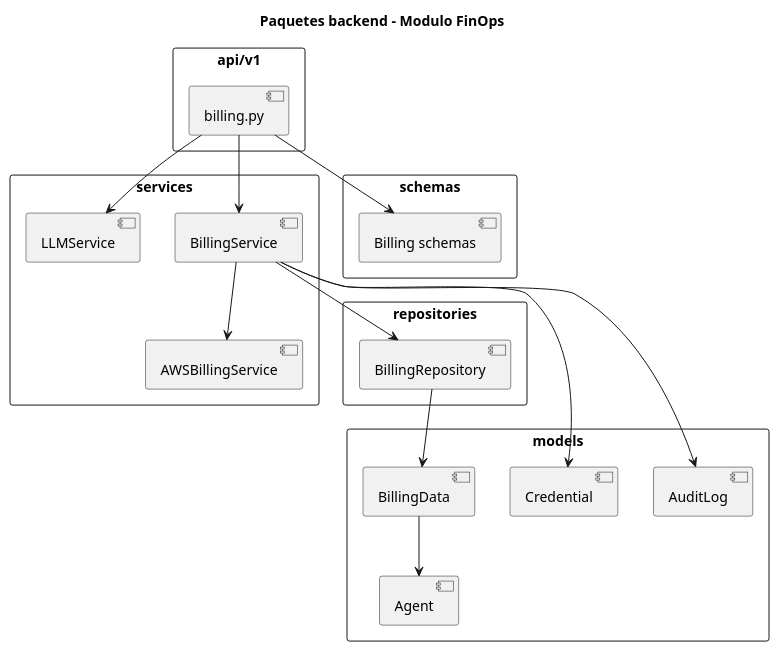
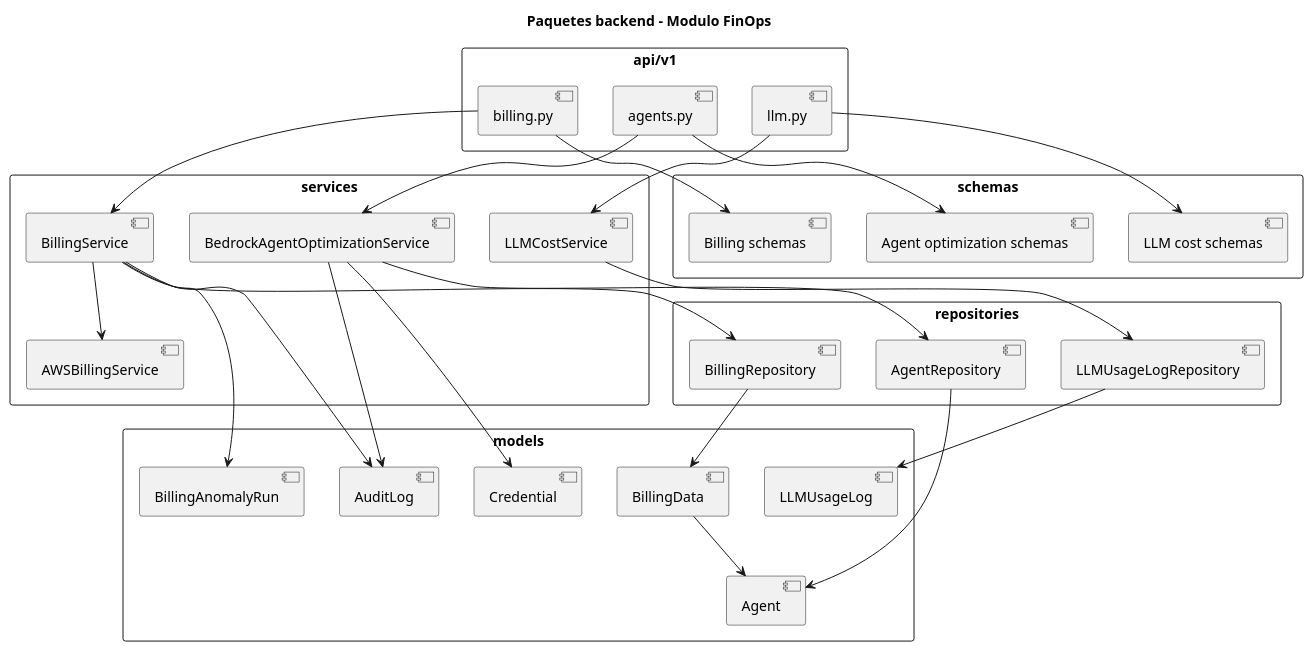
The diagram in Capítulos/Capítulo 3/Diseño/Paquetes/Backend/PaquetesBackend.puml (JoseSalceda/TFG), drawn with PlantUML before and after one commit. The commit also changed 103 other files, not shown here.

```diff
--- a/Capítulos/Capítulo 3/Diseño/Paquetes/Backend/PaquetesBackend.puml
+++ b/Capítulos/Capítulo 3/Diseño/Paquetes/Backend/PaquetesBackend.puml
@@ -1,43 +1,63 @@
 @startuml PaquetesBackend
 
 skinparam packageStyle rectangle
 
 title Paquetes backend - Modulo FinOps
 
 package "api/v1" {
   component "billing.py" as API
+  component "llm.py" as LLMAPI
+  component "agents.py" as AgentsAPI
 }
 
 package "services" {
   component "BillingService" as Service
   component "AWSBillingService" as AWS
-  component "LLMService" as LLM
+  component "LLMCostService" as LLMCost
+  component "BedrockAgentOptimizationService" as Optimization
 }
 
 package "repositories" {
   component "BillingRepository" as Repo
+  component "LLMUsageLogRepository" as LLMRepo
+  component "AgentRepository" as AgentRepo
 }
 
 package "models" {
   component "BillingData" as Model
+  component "BillingAnomalyRun" as Run
+  component "LLMUsageLog" as LLMLog
   component "Agent" as Agent
   component "Credential" as Credential
   component "AuditLog" as Audit
 }
 
 package "schemas" {
   component "Billing schemas" as Schemas
+  component "LLM cost schemas" as LLMSchemas
+  component "Agent optimization schemas" as AgentSchemas
 }
 
 API --> Service
-API --> LLM
 API --> Schemas
+LLMAPI --> LLMCost
+LLMAPI --> LLMSchemas
+AgentsAPI --> Optimization
+AgentsAPI --> AgentSchemas
 
 Service --> Repo
 Service --> AWS
+Service --> Run
+Service --> Audit
 Repo --> Model
 Model --> Agent
-Service --> Credential
-Service --> Audit
+
+LLMCost --> LLMRepo
+LLMRepo --> LLMLog
+
+Optimization --> AgentRepo
+Optimization --> Credential
+Optimization --> Audit
+AgentRepo --> Agent
 
 @enduml
```
